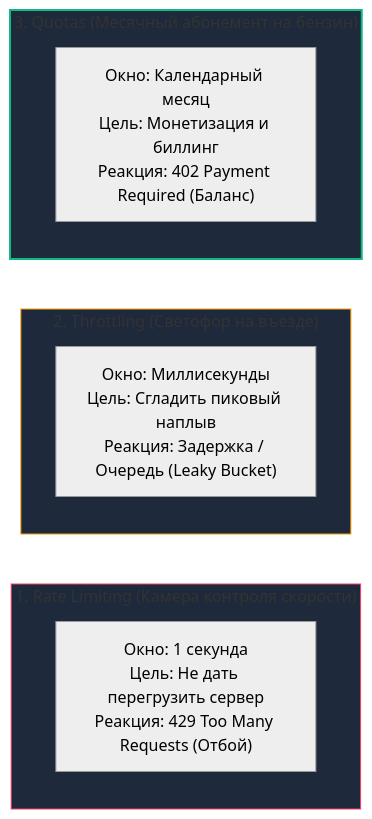
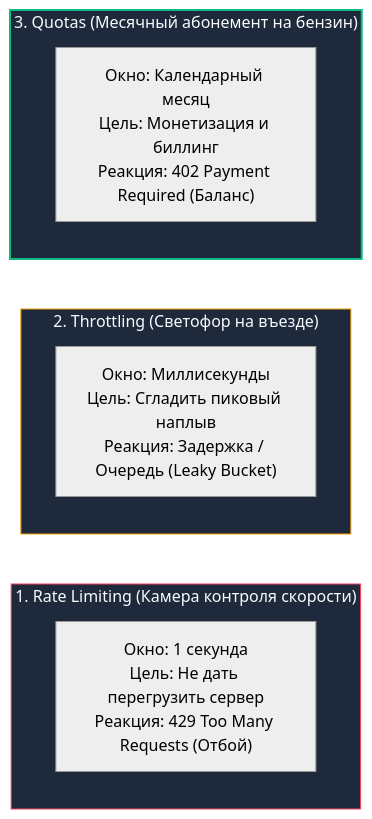
One commit to UnrealTemplier/go-textbook changed the first of 2 diagrams in sources/10. Проектирование API и Сетевые протоколы/30. API rate limiting и quotas.md. Above: the diagram before and after it, drawn with Mermaid (neutral theme). The commit also changed other lines of this file and 310 other files, not shown here.

First line of the commit message:
fix(mermaid): replace light fill colors with dark palette for readability on dark theme

````diff
--- a/sources/10. Проектирование API и Сетевые протоколы/30. API rate limiting и quotas.md
+++ b/sources/10. Проектирование API и Сетевые протоколы/30. API rate limiting и quotas.md
@@ -17,21 +17,21 @@
 ```mermaid
 flowchart LR
     subgraph RL ["1. Rate Limiting (Камера контроля скорости)"]
         direction TB
         RL_Desc["Окно: 1 секунда<br>Цель: Не дать перегрузить сервер<br>Реакция: 429 Too Many Requests (Отбой)"]
     end
 
     subgraph TR ["2. Throttling (Светофор на въезде)"]
         direction TB
         TR_Desc["Окно: Миллисекунды<br>Цель: Сгладить пиковый наплыв<br>Реакция: Задержка / Очередь (Leaky Bucket)"]
     end
 
     subgraph QT ["3. Quotas (Месячный абонемент на бензин)"]
         direction TB
         QT_Desc["Окно: Календарный месяц<br>Цель: Монетизация и биллинг<br>Реакция: 402 Payment Required (Баланс)"]
     end
 
-    style RL fill:#1e293b,stroke:#f43f5e,stroke-width:1px
-    style TR fill:#1e293b,stroke:#f59e0b,stroke-width:1px
-    style QT fill:#1e293b,stroke:#10b981,stroke-width:2px
+    style RL fill:#1e293b,stroke:#f43f5e,stroke-width:1px,color:#f8fafc
+    style TR fill:#1e293b,stroke:#f59e0b,stroke-width:1px,color:#f8fafc
+    style QT fill:#1e293b,stroke:#10b981,stroke-width:2px,color:#f8fafc
 ```
````
